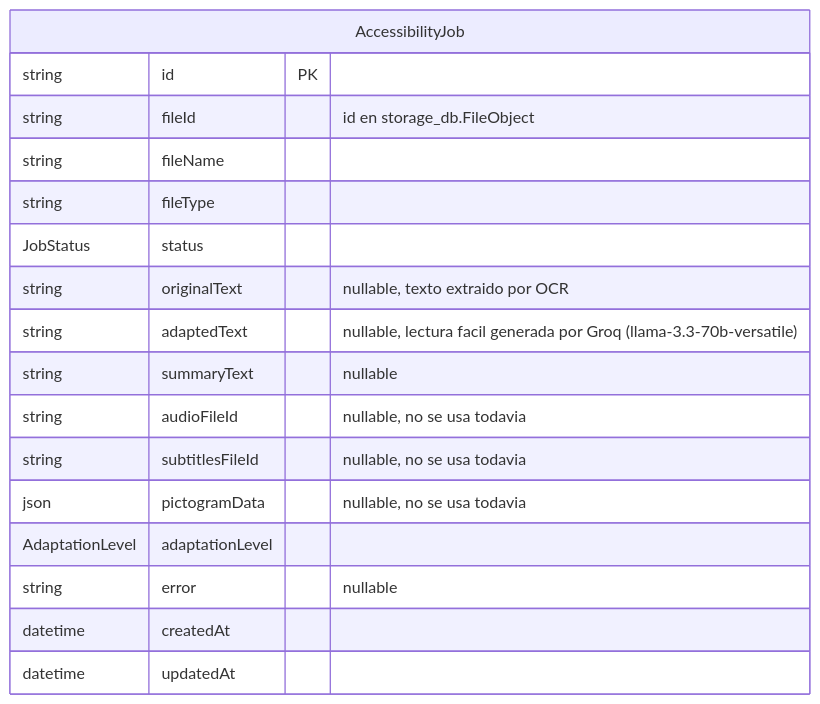
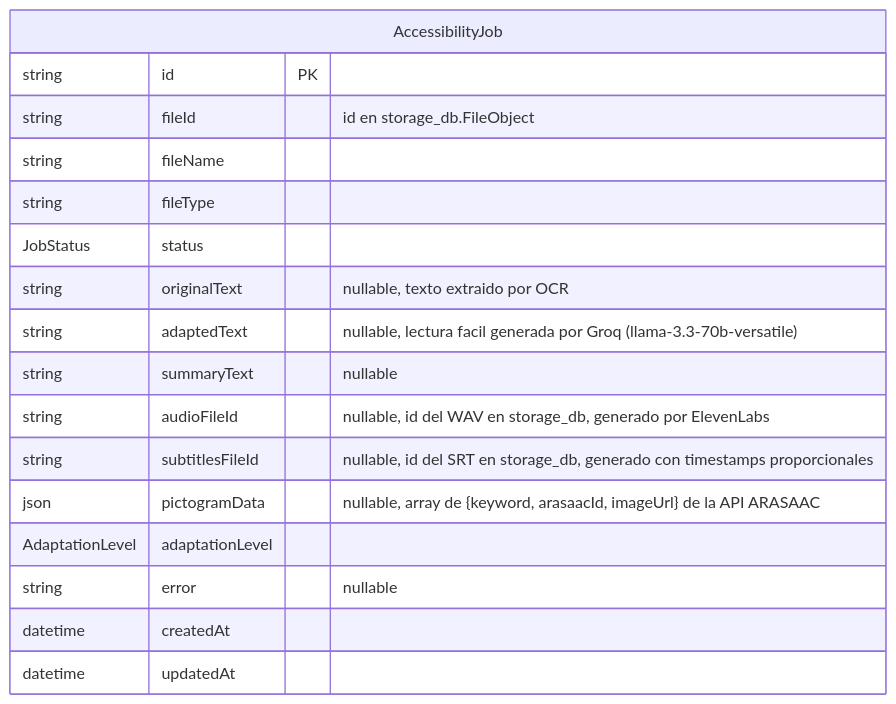
Before and after one commit to V-Yeimi19/Hackaton-MINEDU-Backend: the eighth of 9 diagrams in docs/DATABASE.md, drawn with Mermaid. The commit also changed other lines of this file and 4 other files, not shown here.

````diff
--- a/docs/DATABASE.md
+++ b/docs/DATABASE.md
@@ -201,20 +204,20 @@
 ```mermaid
 erDiagram
     AccessibilityJob {
         string id PK
         string fileId "id en storage_db.FileObject"
         string fileName
         string fileType
         JobStatus status
         string originalText "nullable, texto extraido por OCR"
         string adaptedText "nullable, lectura facil generada por Groq (llama-3.3-70b-versatile)"
         string summaryText "nullable"
-        string audioFileId "nullable, no se usa todavia"
-        string subtitlesFileId "nullable, no se usa todavia"
-        json pictogramData "nullable, no se usa todavia"
+        string audioFileId "nullable, id del WAV en storage_db, generado por ElevenLabs"
+        string subtitlesFileId "nullable, id del SRT en storage_db, generado con timestamps proporcionales"
+        json pictogramData "nullable, array de {keyword, arasaacId, imageUrl} de la API ARASAAC"
         AdaptationLevel adaptationLevel
         string error "nullable"
         datetime createdAt
         datetime updatedAt
     }
 ```
````
